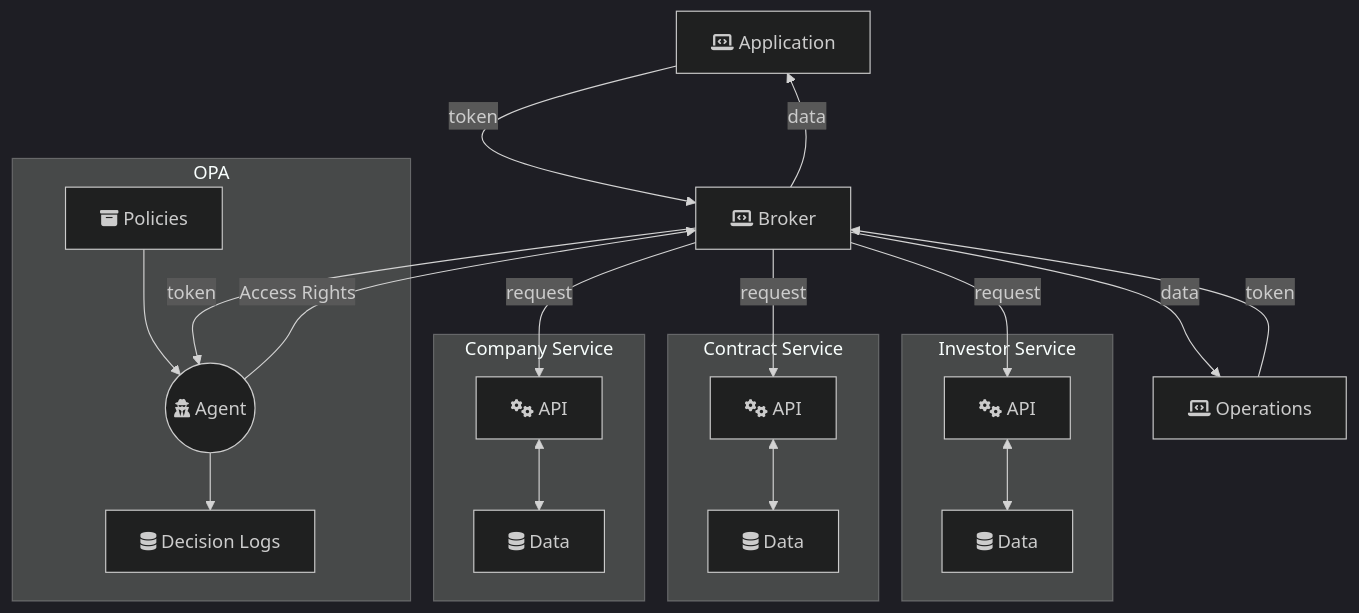
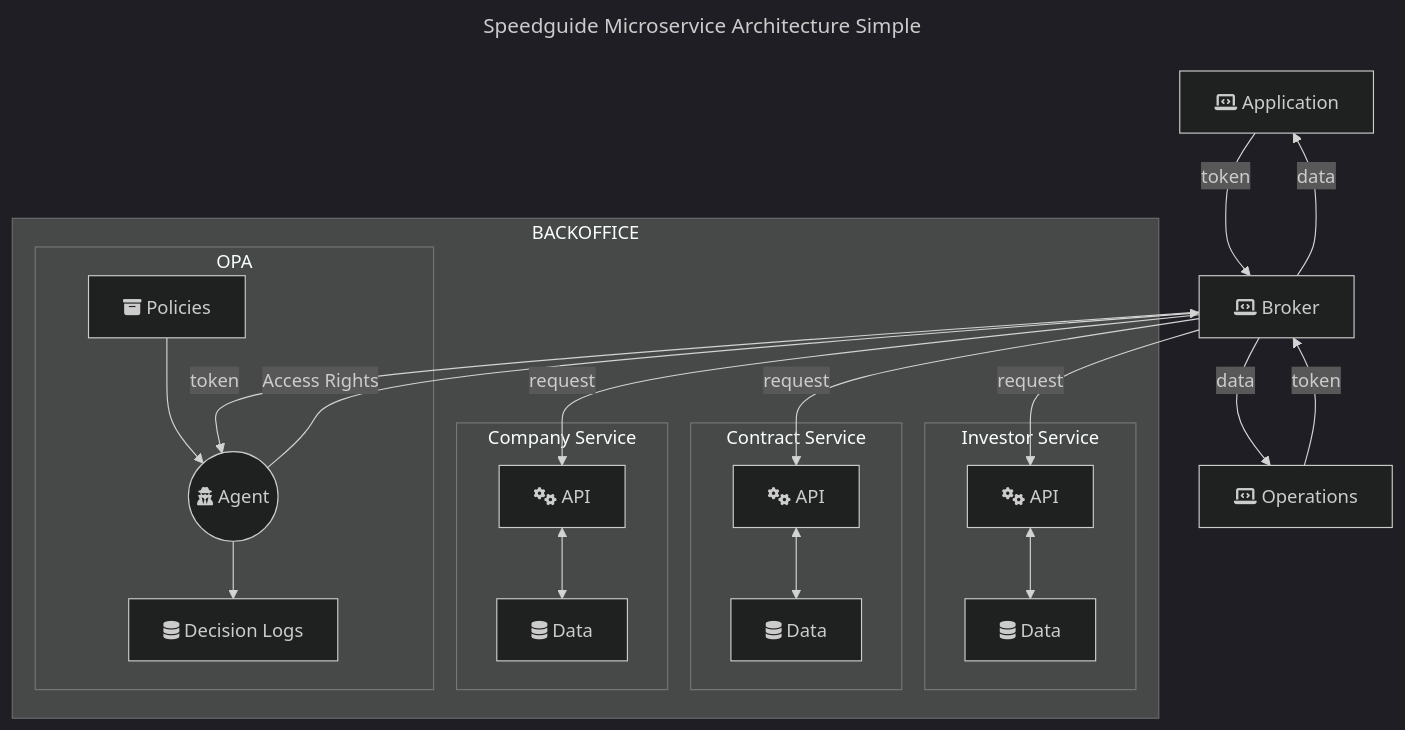
Before and after one commit to jacobaagaardbennike/m-misbrunnr: the diagram in architecture/microservice_architecture.md, drawn with Mermaid (dark theme). The commit also changed 9 other files, not shown here.

````diff
--- a/architecture/microservice_architecture.md
+++ b/architecture/microservice_architecture.md
@@ -1,25 +1,27 @@
 ```mermaid
+---
+title: Speedguide Microservice Architecture Simple
+---
 flowchart TD
-Application[fa:fa-laptop-code Application]
-Operations[fa:fa-laptop-code Operations]
-Broker[fa:fa-laptop-code Broker]
-Application & Operations --> |token| Broker --> |token| OPAgent --> |Access Rights| Broker
-
+Application[fa:fa-laptop-code Application] & Operations[fa:fa-laptop-code Operations]
+    --> |token| Broker[fa:fa-laptop-code Broker]
+    --> |token| OPAgent --> |Access Rights| Broker
     Broker --> |request| CAPI & CoAPI & IAPI
     Broker --> |data| Application & Operations
 
-
+    subgraph BACKOFFICE[BACKOFFICE]
     subgraph OPA[OPA]
     OPAgent((fa:fa-user-secret Agent)) --> OPAlog[fa:fa-database Decision Logs]
     OPApolicy[fa:fa-archive Policies] --> OPAgent
     end
     subgraph Company[Company Service]
     CAPI[fa:fa-cogs API] <--> CDB[fa:fa-database Data]
     end
     subgraph Contracts[Contract Service]
     CoAPI[fa:fa-cogs API] <--> CoDB[fa:fa-database Data]
     end
     subgraph Investors[Investor Service]
     IAPI[fa:fa-cogs API] <--> IDB[fa:fa-database Data]
     end
+    end
 ```
````
